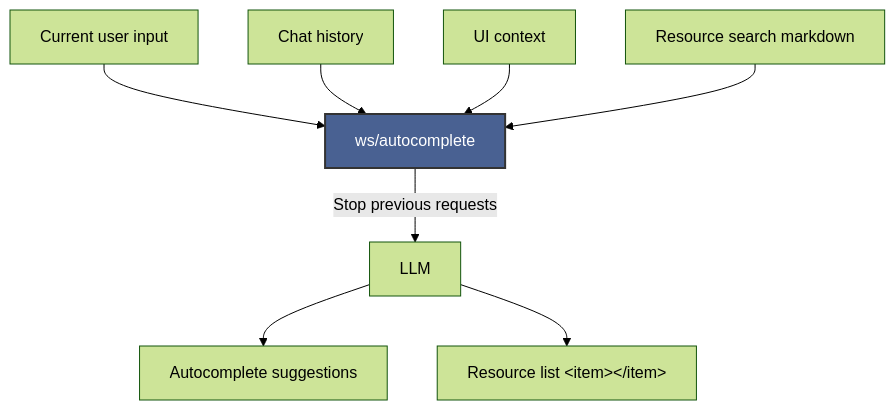
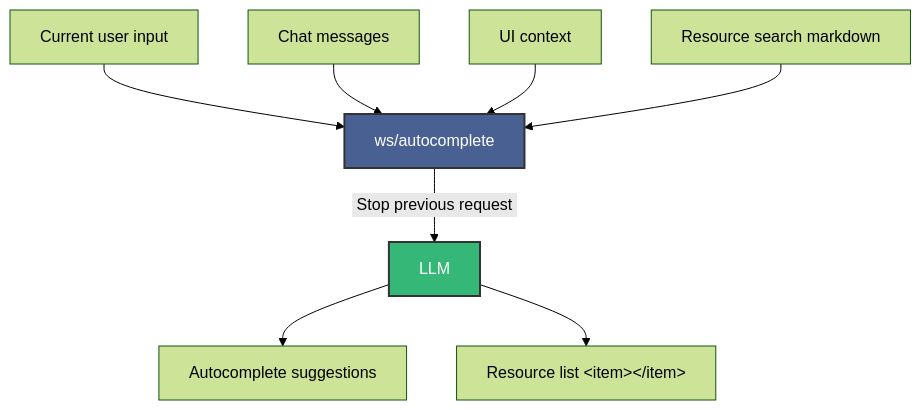
Before and after one commit to torchiaf/hackweek: the first of 2 diagrams in projects/2025-liz-autocomplete/README.md, drawn with Mermaid (forest theme). The commit also changed other lines of this file, not shown here.

````diff
--- a/projects/2025-liz-autocomplete/README.md
+++ b/projects/2025-liz-autocomplete/README.md
@@ -36,12 +36,13 @@
 ```mermaid
 graph TD
     A[Current user input] --> E[ws/autocomplete]
-    B[Chat history] --> E
+    B[Chat messages] --> E
     C[UI context] --> E
     D[Resource search markdown] --> E
-    E -->|Stop previous requests| F[LLM]
+    E -->|&nbsp;Stop previous request&nbsp;| F[LLM]
     F --> G[Autocomplete suggestions]
     F --> H[Resource list &lt;item&gt;&lt;/item&gt;]
     
     style E fill:#496192,stroke:#333,stroke-width:2px,color:#fff
+    style F fill:#35B777,stroke:#333,stroke-width:2px,color:#fff
 ```
````
